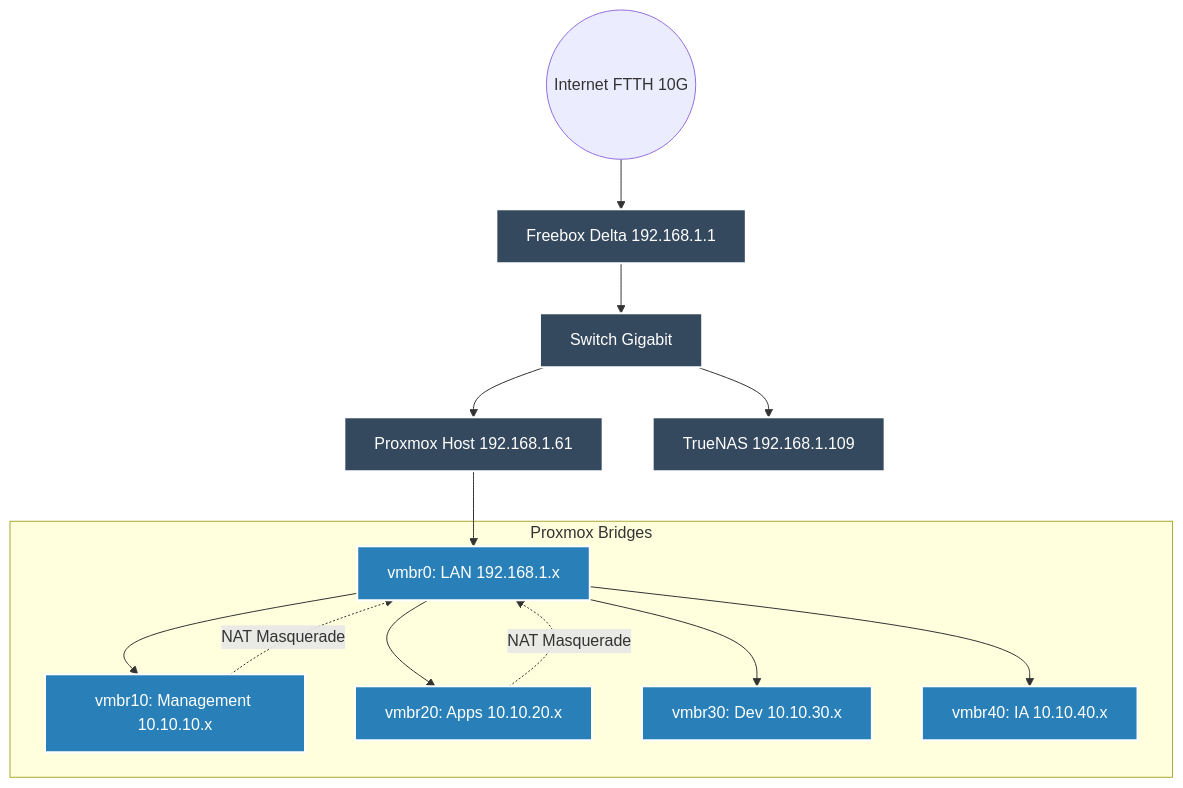
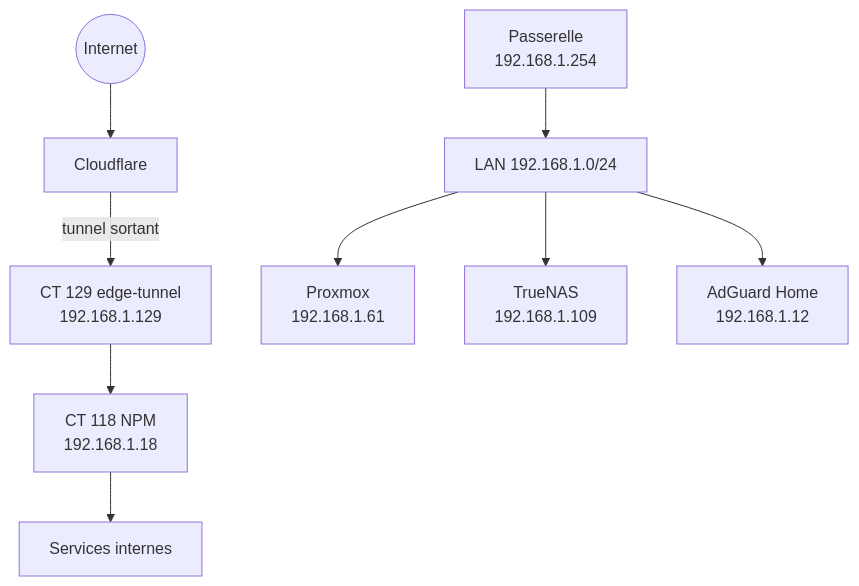
The diagram in architecture/network.md (Kyworn/ZorkoLab), drawn with Mermaid before and after one commit. The commit also changed other lines of this file and 10 other files, not shown here.

````diff
--- a/architecture/network.md
+++ b/architecture/network.md
@@ -9,29 +7,12 @@
 ```mermaid
-graph TD
-    classDef hardware fill:#34495e,stroke:#fff,stroke-width:2px,color:#fff
-    classDef vlan fill:#2980b9,stroke:#fff,stroke-width:2px,color:#fff
+flowchart TD
+    WAN((Internet)) --> CF[Cloudflare]
+    CF -->|tunnel sortant| TUN[CT 129 edge-tunnel<br/>192.168.1.129]
+    TUN --> NPM[CT 118 NPM<br/>192.168.1.18]
+    NPM --> SERVICES[Services internes]
 
-    WAN((Internet FTTH 10G)) --> BOX[Freebox Delta 192.168.1.1]:::hardware
-    BOX --> SW[Switch Gigabit]:::hardware
-    
-    SW --> PVE[Proxmox Host 192.168.1.61]:::hardware
-    SW --> NAS[TrueNAS 192.168.1.109]:::hardware
-    
-    subgraph Proxmox Bridges
-        VMBR0[vmbr0: LAN 192.168.1.x]:::vlan
-        VMBR10[vmbr10: Management 10.10.10.x]:::vlan
-        VMBR20[vmbr20: Apps 10.10.20.x]:::vlan
-        VMBR30[vmbr30: Dev 10.10.30.x]:::vlan
-        VMBR40[vmbr40: IA 10.10.40.x]:::vlan
-    end
-
-    PVE --> VMBR0
-    VMBR0 --> VMBR10
-    VMBR0 --> VMBR20
-    VMBR0 --> VMBR30
-    VMBR0 --> VMBR40
-    
-    %% NAT / Routing
-    VMBR10 -.->|NAT Masquerade| VMBR0
-    VMBR20 -.->|NAT Masquerade| VMBR0
+    GW[Passerelle<br/>192.168.1.254] --> LAN[LAN 192.168.1.0/24]
+    LAN --> PVE[Proxmox<br/>192.168.1.61]
+    LAN --> NAS[TrueNAS<br/>192.168.1.109]
+    LAN --> DNS[AdGuard Home<br/>192.168.1.12]
 ```
````
